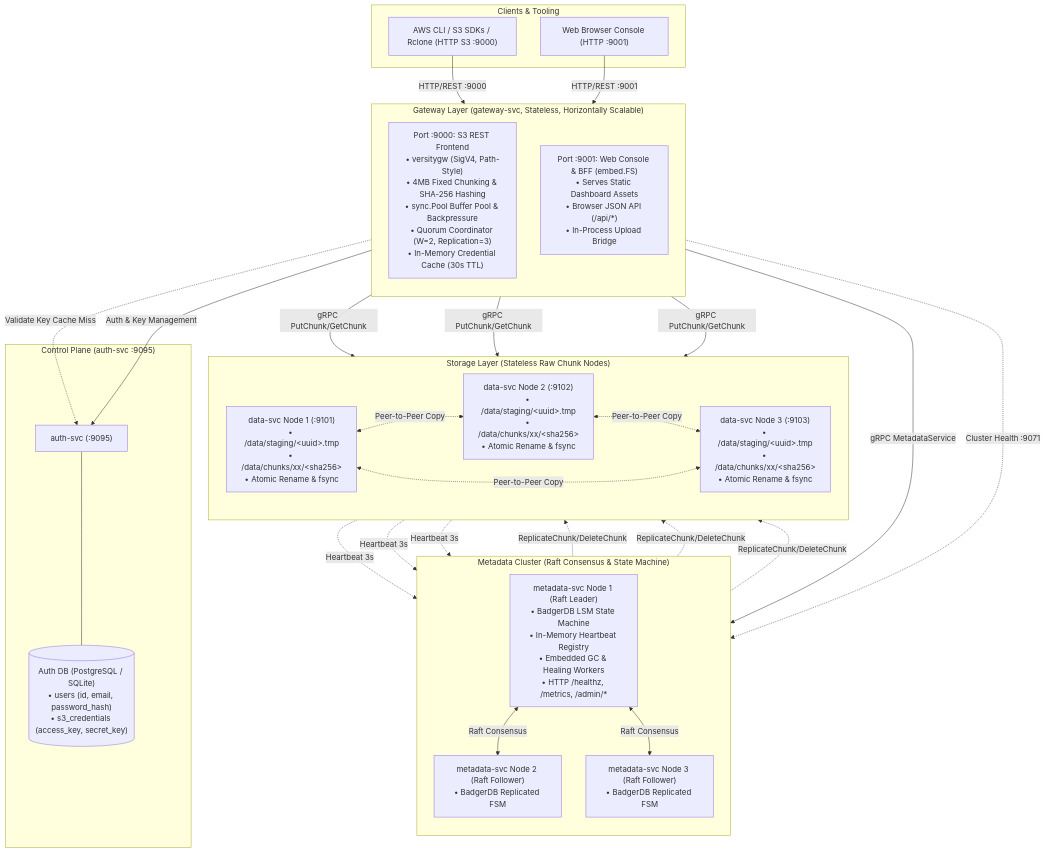
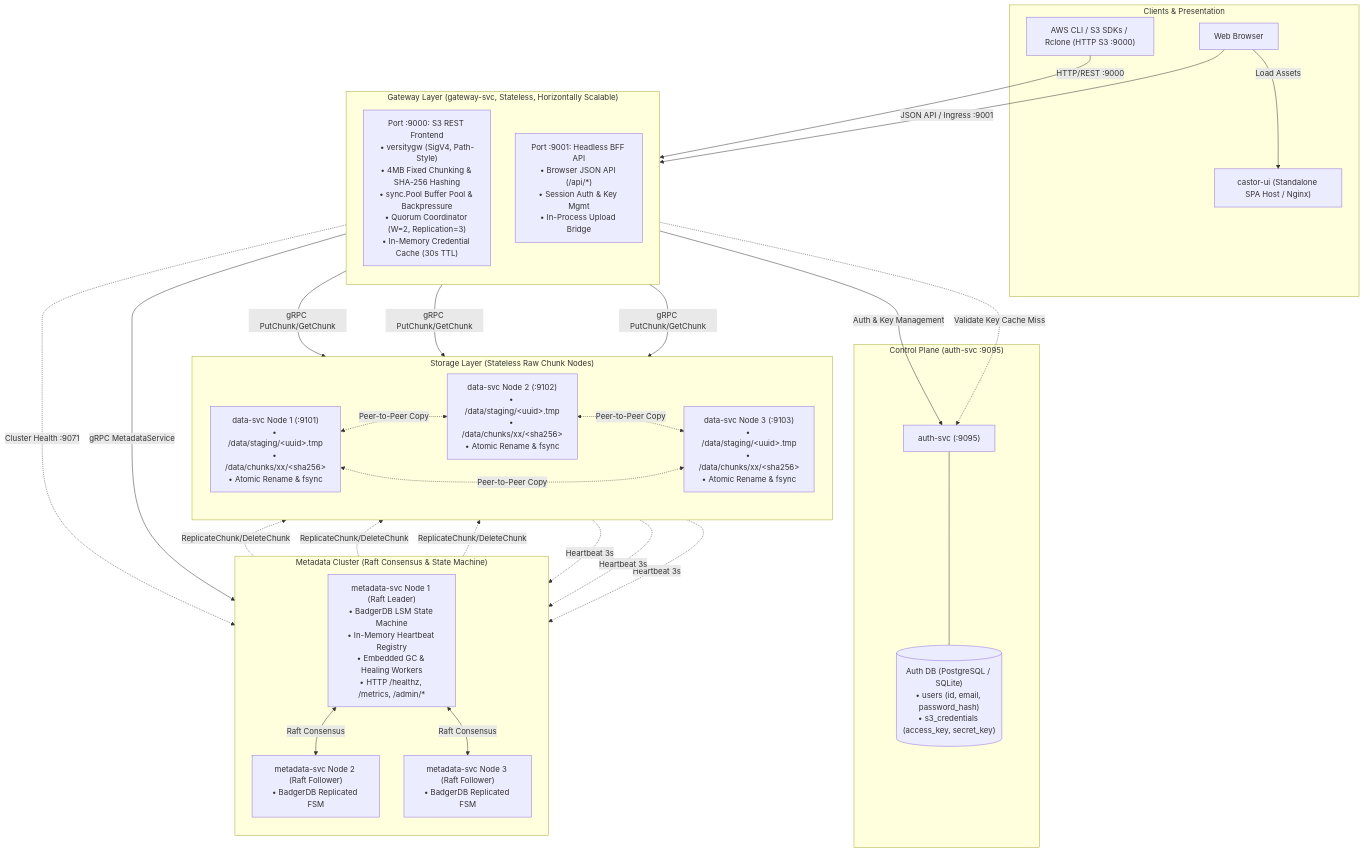
The first of 6 diagrams in docs/architecture.md (tharunn0/castor), drawn with Mermaid before and after one commit. The commit also changed other lines of this file and 3 other files, not shown here.

````diff
--- a/docs/architecture.md
+++ b/docs/architecture.md
@@ -17,59 +18,61 @@
 ```mermaid
 flowchart TD
-    subgraph Clients["Clients & Tooling"]
+    subgraph Clients["Clients & Presentation"]
         S3Client["AWS CLI / S3 SDKs / Rclone (HTTP S3 :9000)"]
-        WebUser["Web Browser Console (HTTP :9001)"]
+        WebUser["Web Browser"]
+        UIHost["castor-ui (Standalone SPA Host / Nginx)"]
+        WebUser -->|Load Assets| UIHost
     end
 
     subgraph GatewayLayer["Gateway Layer (gateway-svc, Stateless, Horizontally Scalable)"]
         direction TB
         GW_S3["Port :9000: S3 REST Frontend<br/>• versitygw (SigV4, Path-Style)<br/>• 4MB Fixed Chunking &amp; SHA-256 Hashing<br/>• sync.Pool Buffer Pool &amp; Backpressure<br/>• Quorum Coordinator (W=2, Replication=3)<br/>• In-Memory Credential Cache (30s TTL)"]
-        GW_UI["Port :9001: Web Console &amp; BFF (embed.FS)<br/>• Serves Static Dashboard Assets<br/>• Browser JSON API (/api/*)<br/>• In-Process Upload Bridge"]
+        GW_UI["Port :9001: Headless BFF API<br/>• Browser JSON API (/api/*)<br/>• Session Auth &amp; Key Mgmt<br/>• In-Process Upload Bridge"]
     end
 
     subgraph ControlPlane["Control Plane (auth-svc :9095)"]
         AuthSvc["auth-svc (:9095)"]
         AuthDB[("Auth DB (PostgreSQL / SQLite)<br/>• users (id, email, password_hash)<br/>• s3_credentials (access_key, secret_key)")]
         AuthSvc --- AuthDB
     end
 
     subgraph MetadataLayer["Metadata Cluster (Raft Consensus &amp; State Machine)"]
         direction TB
         M_Leader["metadata-svc Node 1 (Raft Leader)<br/>• BadgerDB LSM State Machine<br/>• In-Memory Heartbeat Registry<br/>• Embedded GC &amp; Healing Workers<br/>• HTTP /healthz, /metrics, /admin/*"]
         M_Follower1["metadata-svc Node 2 (Raft Follower)<br/>• BadgerDB Replicated FSM"]
         M_Follower2["metadata-svc Node 3 (Raft Follower)<br/>• BadgerDB Replicated FSM"]
 
         M_Leader <-->|Raft Consensus| M_Follower1
         M_Leader <-->|Raft Consensus| M_Follower2
     end
 
     subgraph DataLayer["Storage Layer (Stateless Raw Chunk Nodes)"]
         direction LR
         D1["data-svc Node 1 (:9101)<br/>• /data/staging/&lt;uuid&gt;.tmp<br/>• /data/chunks/xx/&lt;sha256&gt;<br/>• Atomic Rename &amp; fsync"]
         D2["data-svc Node 2 (:9102)<br/>• /data/staging/&lt;uuid&gt;.tmp<br/>• /data/chunks/xx/&lt;sha256&gt;<br/>• Atomic Rename &amp; fsync"]
         D3["data-svc Node 3 (:9103)<br/>• /data/staging/&lt;uuid&gt;.tmp<br/>• /data/chunks/xx/&lt;sha256&gt;<br/>• Atomic Rename &amp; fsync"]
     end
 
     S3Client -->|HTTP/REST :9000| GW_S3
-    WebUser -->|HTTP/REST :9001| GW_UI
+    WebUser -->|JSON API / Ingress :9001| GW_UI
 
     GW_S3 -.->|Validate Key Cache Miss| AuthSvc
     GW_UI -->|Auth & Key Management| AuthSvc
 
     GW_S3 -->|gRPC MetadataService| M_Leader
     GW_S3 -->|gRPC PutChunk/GetChunk| D1
     GW_S3 -->|gRPC PutChunk/GetChunk| D2
     GW_S3 -->|gRPC PutChunk/GetChunk| D3
     GW_UI -.->|Cluster Health :9071| M_Leader
 
     D1 -.->|Heartbeat 3s| M_Leader
     D2 -.->|Heartbeat 3s| M_Leader
     D3 -.->|Heartbeat 3s| M_Leader
 
     M_Leader -.->|ReplicateChunk/DeleteChunk| D1
     M_Leader -.->|ReplicateChunk/DeleteChunk| D2
     M_Leader -.->|ReplicateChunk/DeleteChunk| D3
     D1 <-.->|Peer-to-Peer Copy| D2
     D2 <-.->|Peer-to-Peer Copy| D3
     D1 <-.->|Peer-to-Peer Copy| D3
 ```
````
